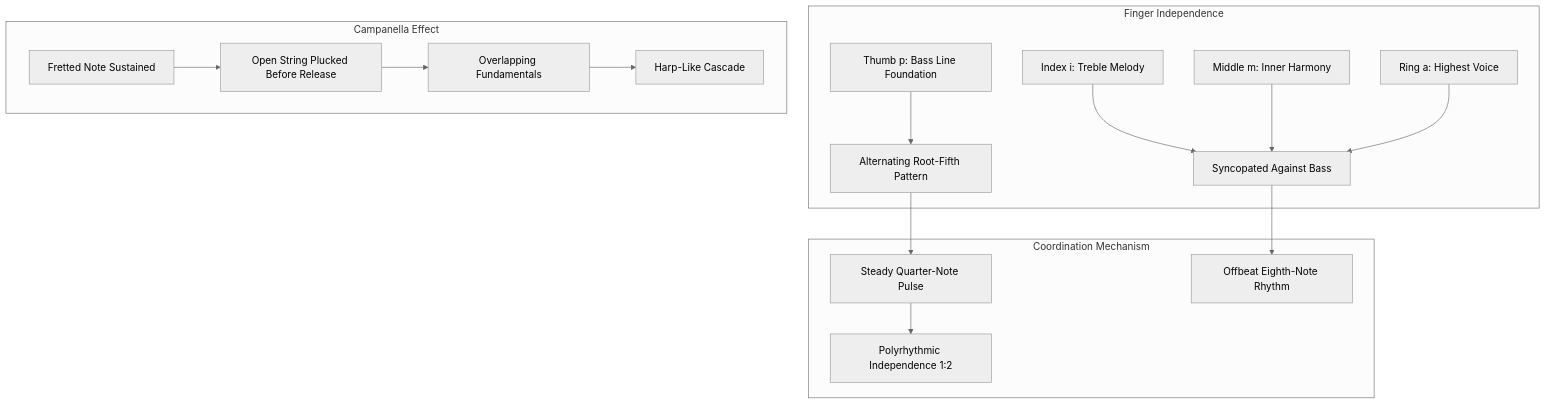
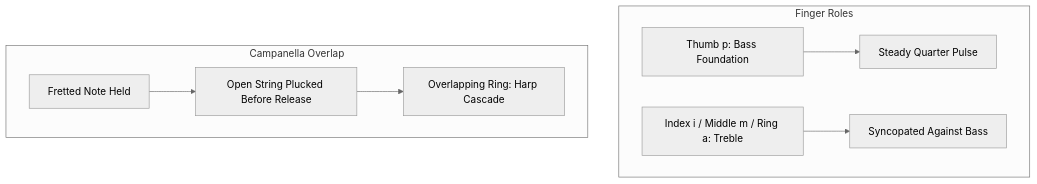
The second of 5 diagrams in topics/arts/music_performance/acoustic_guitar/labs.md (blebleblee/synapse), drawn with Mermaid (neutral theme) before and after one commit. The commit also changed other lines of this file and 4 other files, not shown here.

````diff
--- a/topics/arts/music_performance/acoustic_guitar/labs.md
+++ b/topics/arts/music_performance/acoustic_guitar/labs.md
@@ -289,19 +208,11 @@
 ```mermaid
 graph TD
-    subgraph sub_independence ["Finger Independence"]
-        A["Thumb p: Bass Line Foundation"] --> B["Alternating Root-Fifth Pattern"]
-        C["Index i: Treble Melody"] --> D["Syncopated Against Bass"]
-        E["Middle m: Inner Harmony"] --> D
-        F["Ring a: Highest Voice"] --> D
+    subgraph sub_fingers ["Finger Roles"]
+        A["Thumb p: Bass Foundation"] --> B["Steady Quarter Pulse"]
+        C["Index i / Middle m / Ring a: Treble"] --> D["Syncopated Against Bass"]
     end
-    subgraph sub_coordination ["Coordination Mechanism"]
-        B --> G["Steady Quarter-Note Pulse"]
-        D --> H["Offbeat Eighth-Note Rhythm"]
-        G --> I["Polyrhythmic Independence 1:2"]
-    end
-    subgraph sub_campanella ["Campanella Effect"]
-        J["Fretted Note Sustained"] --> K["Open String Plucked Before Release"]
-        K --> L["Overlapping Fundamentals"]
-        L --> M["Harp-Like Cascade"]
+    subgraph sub_campanella ["Campanella Overlap"]
+        E["Fretted Note Held"] --> F["Open String Plucked Before Release"]
+        F --> G["Overlapping Ring: Harp Cascade"]
     end
 ```
````
